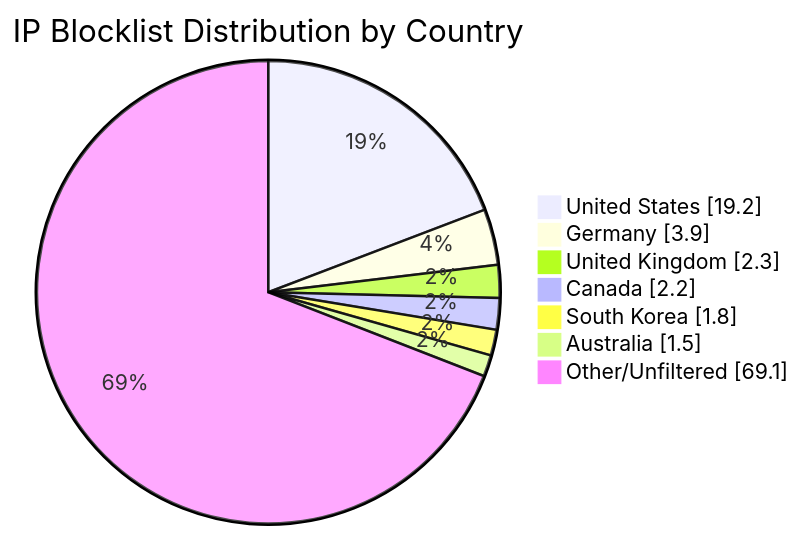
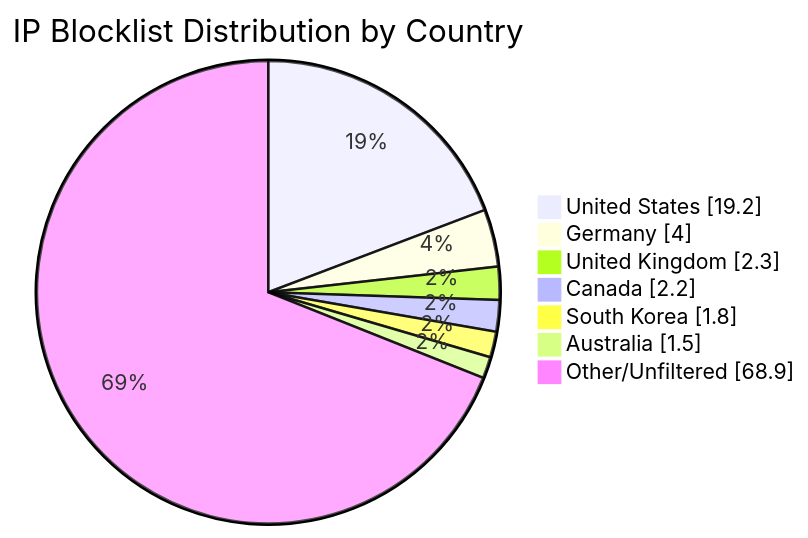
One commit to MarcusHoltz/ipblocklist-geofiltered-aggregator changed the diagram in README.md. Above: the diagram before and after it, drawn with Mermaid. The commit also changed other lines of this file and 9 other files, not shown here.

````diff
--- a/README.md
+++ b/README.md
@@ -34,10 +34,10 @@
 ```mermaid
 pie showData title IP Blocklist Distribution by Country
 "United States" : 19.2
-"Germany" : 3.9
+"Germany" : 4.0
 "United Kingdom" : 2.3
 "Canada" : 2.2
 "South Korea" : 1.8
 "Australia" : 1.5
-"Other/Unfiltered" : 69.1
+"Other/Unfiltered" : 68.9
 ```
````
